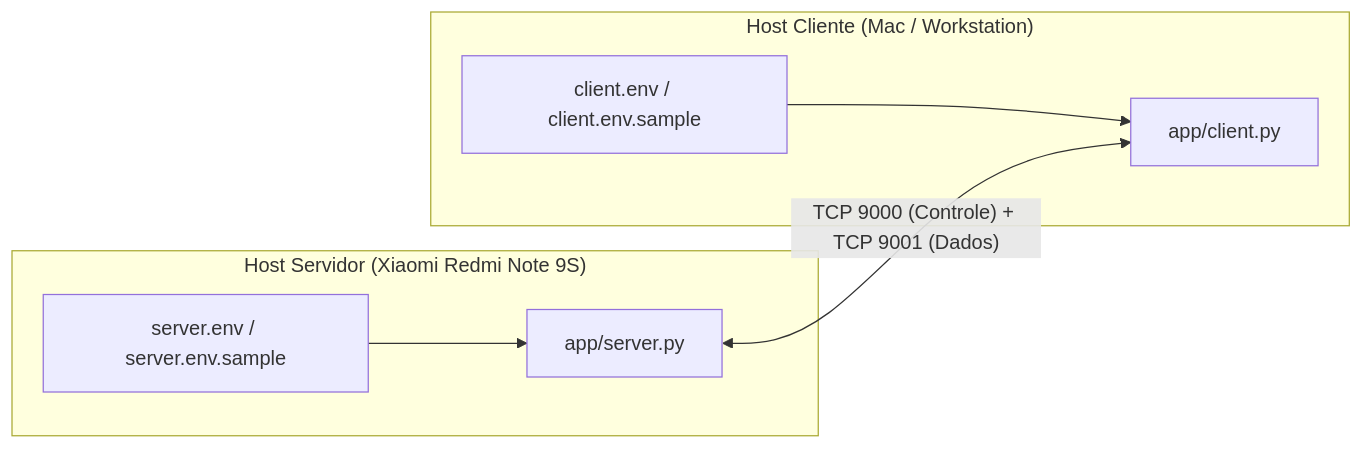
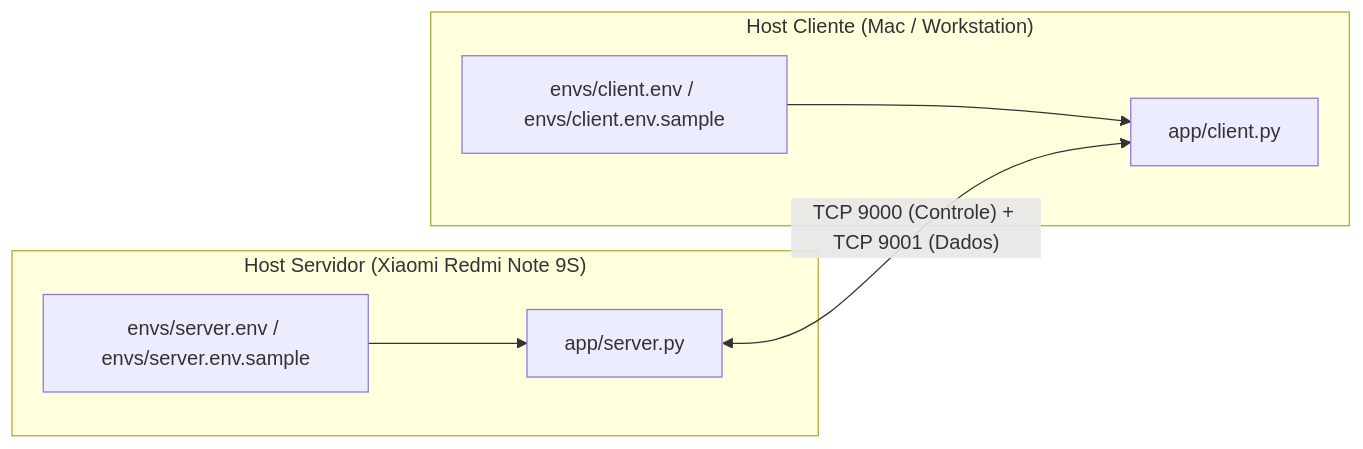
One commit to Naoki051/homelab changed the diagram in docs/app/005-gerenciamento-de-configuracoes-e-env.md. Above: the diagram before and after it, drawn with Mermaid. The commit also changed other lines of this file and 8 other files, not shown here.

Commit message:
refactor(config): mover arquivos env para pasta envs e ajustar caminhos de descoberta

````diff
--- a/docs/app/005-gerenciamento-de-configuracoes-e-env.md
+++ b/docs/app/005-gerenciamento-de-configuracoes-e-env.md
@@ -28,16 +28,16 @@
 ```mermaid
 flowchart LR
     subgraph HostServer["Host Servidor (Xiaomi Redmi Note 9S)"]
-        ServerEnv["server.env / server.env.sample"]
+        ServerEnv["envs/server.env / envs/server.env.sample"]
         ServerApp["app/server.py"]
         ServerEnv --> ServerApp
     end
 
     subgraph HostClient["Host Cliente (Mac / Workstation)"]
-        ClientEnv["client.env / client.env.sample"]
+        ClientEnv["envs/client.env / envs/client.env.sample"]
         ClientApp["app/client.py"]
         ClientEnv --> ClientApp
     end
 
     ServerApp <-->|"TCP 9000 (Controle) + TCP 9001 (Dados)"| ClientApp
 ```
````
